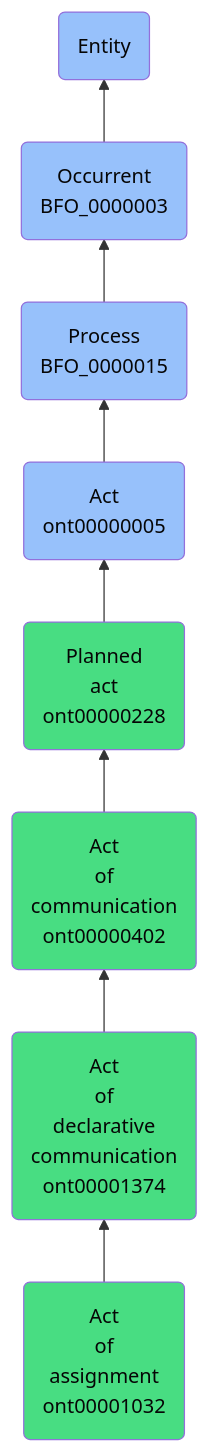
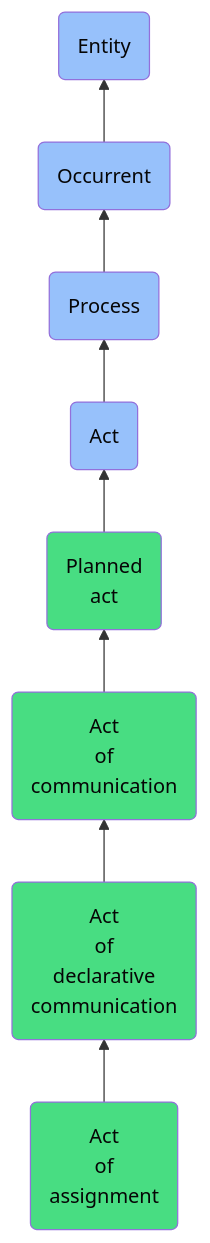
Before and after one commit to jupyter-naas/abi: the diagram in docs/ontology/reference/model/Entity/Occurrent/Process/Act/Planned act/Act of communication/Act of declarative communication/Act of assignment/Act of assignment.md, drawn with Mermaid. The commit also changed other lines of this file and 1430 other files, not shown here.

````diff
--- a/docs/ontology/reference/model/Entity/Occurrent/Process/Act/Planned act/Act of communication/Act of declarative communication/Act of assignment/Act of assignment.md
+++ b/docs/ontology/reference/model/Entity/Occurrent/Process/Act/Planned act/Act of communication/Act of declarative communication/Act of assignment/Act of assignment.md
@@ -24,15 +24,15 @@
 ```mermaid
 graph BT
-    ont00001032(Act<br>of<br>assignment<br>ont00001032):::ABI-->ont00001374
-    ont00001374(Act<br>of<br>declarative<br>communication<br>ont00001374):::ABI-->ont00000402
-    ont00000402(Act<br>of<br>communication<br>ont00000402):::ABI-->ont00000228
-    ont00000228(Planned<br>act<br>ont00000228):::ABI-->ont00000005
-    ont00000005(Act<br>ont00000005):::BFO-->BFO_0000015
-    BFO_0000015(Process<br>BFO_0000015):::BFO-->BFO_0000003
-    BFO_0000003(Occurrent<br>BFO_0000003):::BFO-->BFO_0000001
+    ont00001032(Act<br>of<br>assignment):::ABI-->ont00001374
+    ont00001374(Act<br>of<br>declarative<br>communication):::ABI-->ont00000402
+    ont00000402(Act<br>of<br>communication):::ABI-->ont00000228
+    ont00000228(Planned<br>act):::ABI-->ont00000005
+    ont00000005(Act):::BFO-->BFO_0000015
+    BFO_0000015(Process):::BFO-->BFO_0000003
+    BFO_0000003(Occurrent):::BFO-->BFO_0000001
     BFO_0000001(Entity):::BFO
     
     classDef BFO fill:#97c1fb,color:#060606
     classDef CCO fill:#e4c51e,color:#060606
     classDef ABI fill:#48DD82,color:#060606
 ```
````
